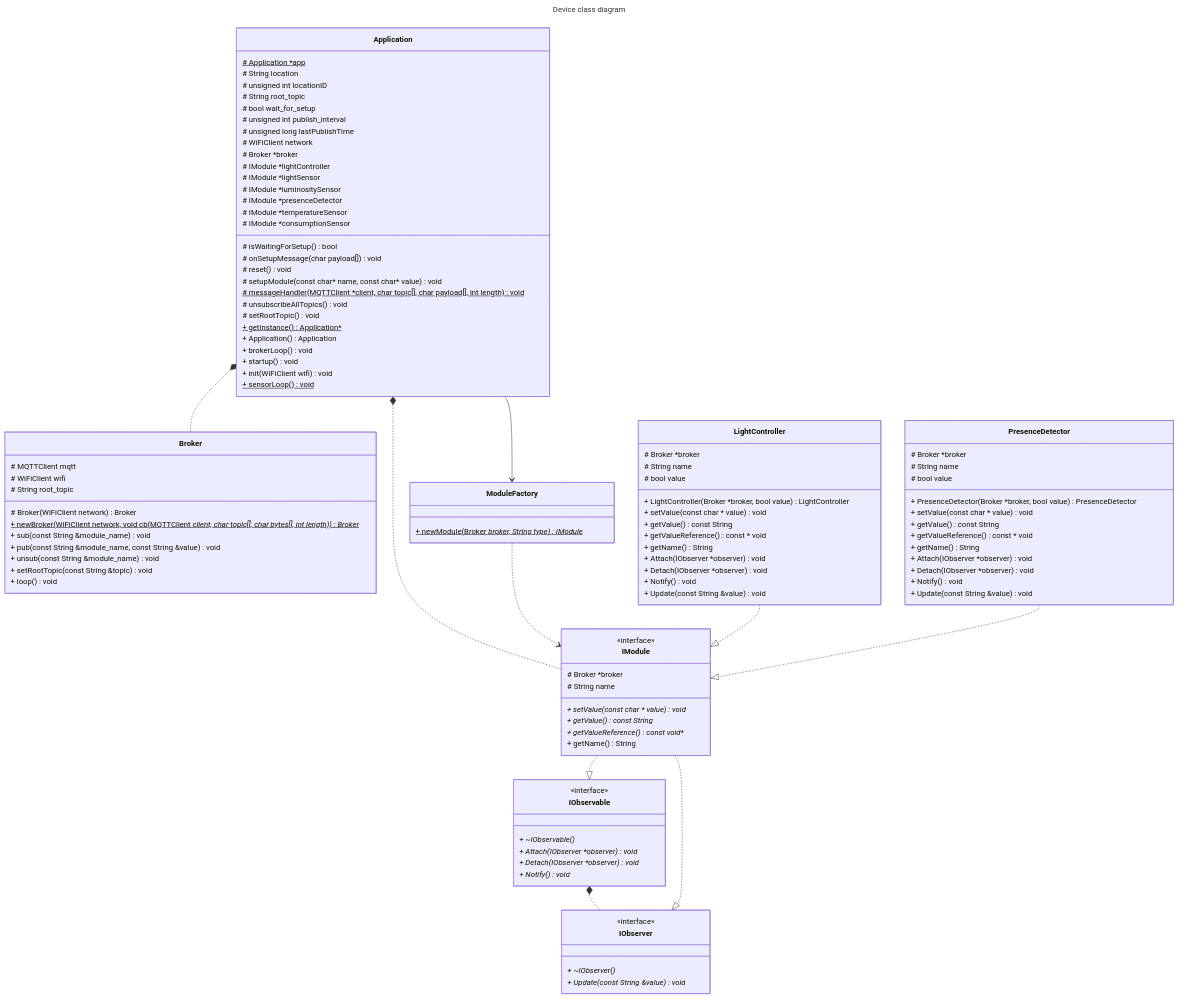
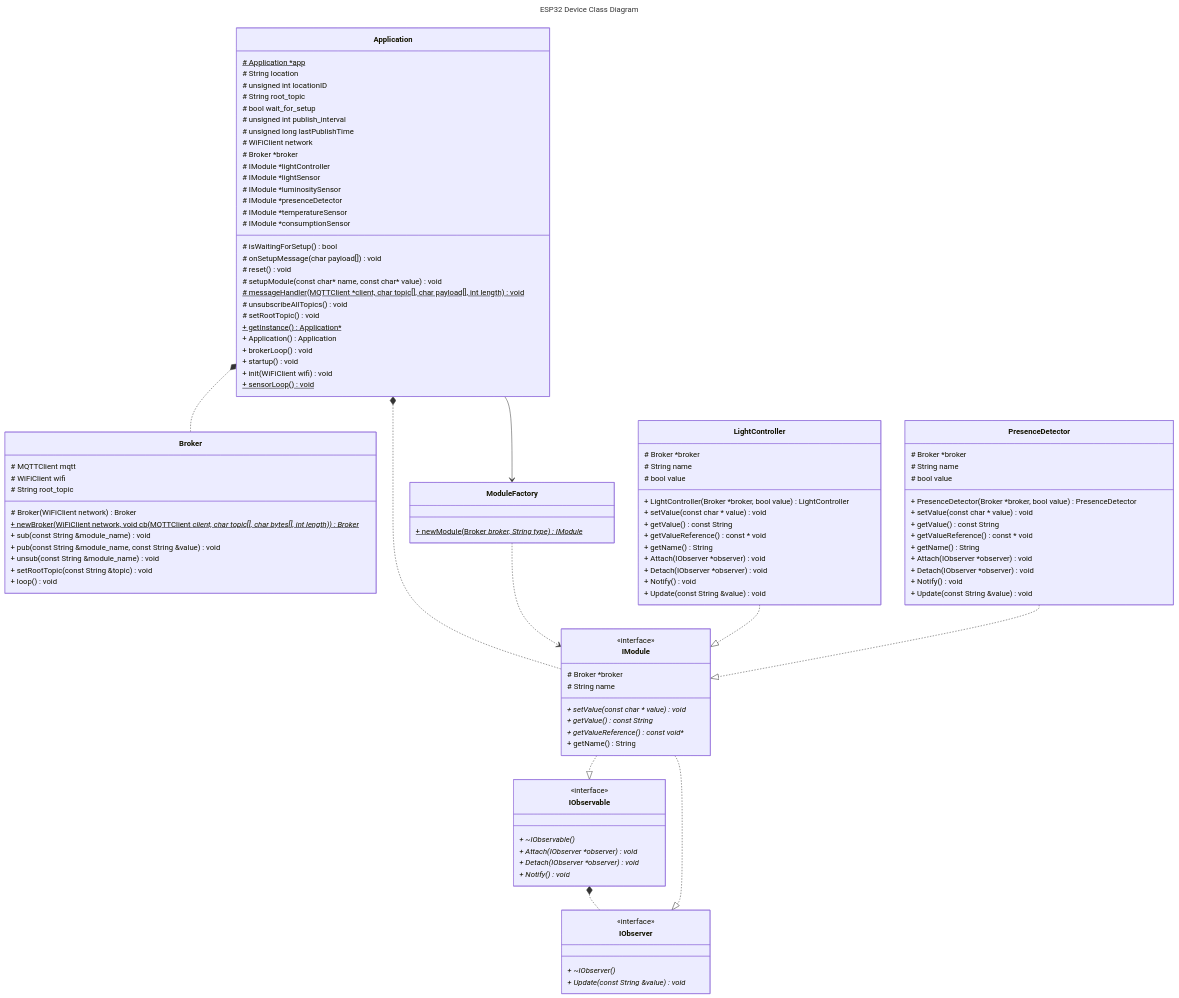
One commit to deBarbarinAntoine/HomeIoT changed the fifth of 6 diagrams in README.md. Above: the diagram before and after it, drawn with Mermaid. The commit also changed other lines of this file and 5 other files, not shown here.

Commit message:
Update README.md to include detailed class diagrams for both the Go Server/Application and ESP32 Device models.

````diff
--- a/README.md
+++ b/README.md
@@ -414,6 +542,6 @@
 ```mermaid
 ---
-title: Device class diagram
+title: ESP32 Device Class Diagram
 ---
 classDiagram
     class Application {
````
